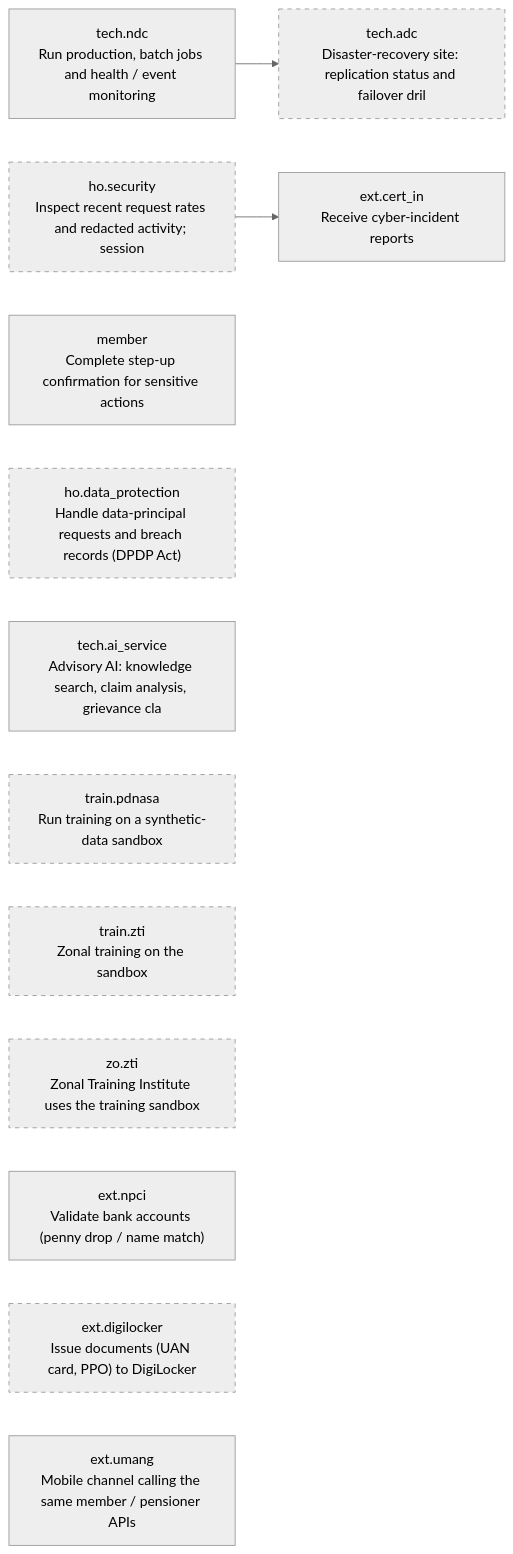
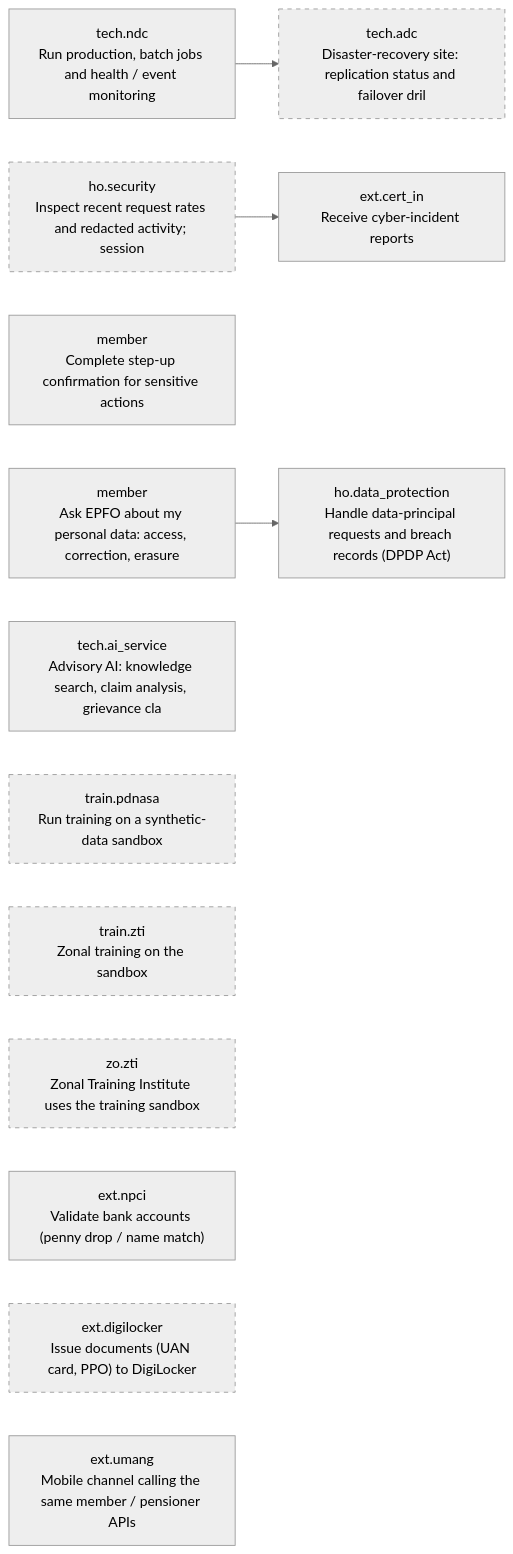
Before and after one commit to gauravmeena0708/pf-life: diagram 14 of 14 in docs/stakeholder-api-sets.md, drawn with Mermaid (neutral theme). The commit also changed other lines of this file and 57 other files, not shown here.

````diff
--- a/docs/stakeholder-api-sets.md
+++ b/docs/stakeholder-api-sets.md
@@ -1931,25 +1937,26 @@
 ```mermaid
 flowchart LR
   F14_ndc["tech.ndc<br/>Run production, batch jobs and health / event monitoring"]
   F14_adc["tech.adc<br/>Disaster-recovery site: replication status and failover dril"]
   style F14_adc stroke-dasharray: 5 5
   F14_security["ho.security<br/>Inspect recent request rates and redacted activity; session "]
   style F14_security stroke-dasharray: 5 5
   F14_cert_in["ext.cert_in<br/>Receive cyber-incident reports"]
   F14_step_up["member<br/>Complete step-up confirmation for sensitive actions"]
+  F14_privacy_request["member<br/>Ask EPFO about my personal data: access, correction, erasure"]
   F14_privacy["ho.data_protection<br/>Handle data-principal requests and breach records (DPDP Act)"]
-  style F14_privacy stroke-dasharray: 5 5
   F14_ai["tech.ai_service<br/>Advisory AI: knowledge search, claim analysis, grievance cla"]
   F14_training["train.pdnasa<br/>Run training on a synthetic-data sandbox"]
   style F14_training stroke-dasharray: 5 5
   F14_zti["train.zti<br/>Zonal training on the sandbox"]
   style F14_zti stroke-dasharray: 5 5
   F14_zti_zo["zo.zti<br/>Zonal Training Institute uses the training sandbox"]
   style F14_zti_zo stroke-dasharray: 5 5
   F14_npci["ext.npci<br/>Validate bank accounts (penny drop / name match)"]
   F14_digilocker["ext.digilocker<br/>Issue documents (UAN card, PPO) to DigiLocker"]
   style F14_digilocker stroke-dasharray: 5 5
   F14_umang["ext.umang<br/>Mobile channel calling the same member / pensioner APIs"]
   F14_ndc --> F14_adc
   F14_security --> F14_cert_in
+  F14_privacy_request --> F14_privacy
 ```
````
